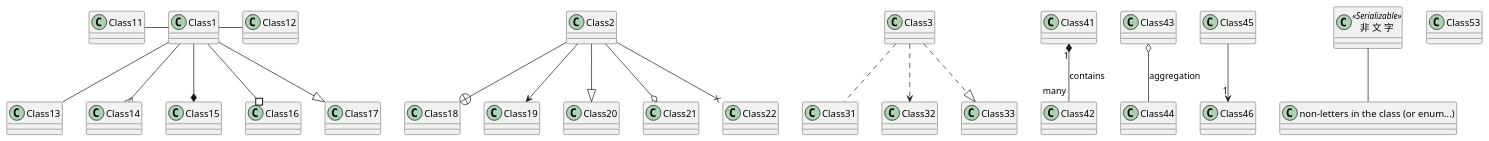
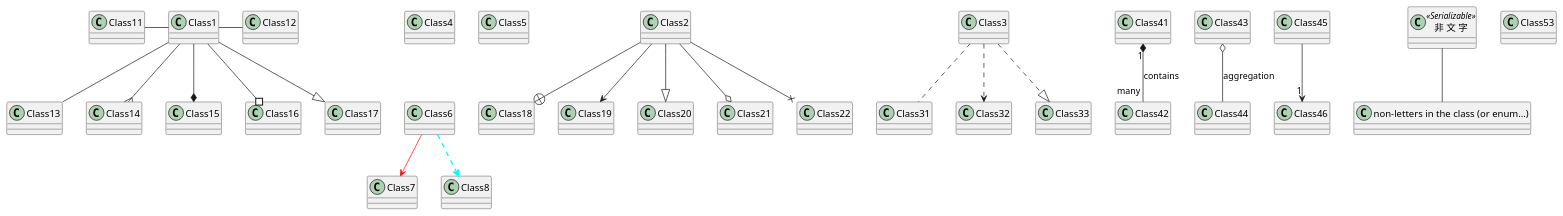
One commit to yzkn/PlantUML-CheatSheet changed the second of 8 diagrams in src/14-000-クラス図.md. Above: the diagram before and after it, drawn with PlantUML. The commit also changed other lines of this file, not shown here.

````diff
--- a/src/14-000-クラス図.md
+++ b/src/14-000-クラス図.md
@@ -23,59 +23,67 @@
 ```plantuml
 
 @startuml
 
 
 ' 空の属性・操作を省略
 ' hide empty members
 
 ' その他の省略
 ' hide empty fields, hide empty attributes
 ' hide empty methods
 ' hide fields, hide attributes
 ' hide circle
 ' hide stereotype
 ' hide members
 ' hide Class51
 ' hide <<Serializable>> members
 
 ' 孤立したクラスの省略
 ' hide @unlinked
 
 ' 削除
 ' remove Class51
 
 ' 孤立したクラスの削除
 ' remove @unlinked
 
 
 ' 水平方向 left, right, up, down
 Class1 -left- Class11
 Class1 -      Class12
 
 Class1 --   Class13
 Class1 --{  Class14
 Class1 --*  Class15
 Class1 --#  Class16
 Class1 --^  Class17
 Class2 --+  Class18
 Class2 -->  Class19
 Class2 --|> Class20
 Class2 --o  Class21
 Class2 --x  Class22
 
 Class3 ..   Class31
 Class3 ..>  Class32
 Class3 ..|> Class33
 
+' bold、dashed、dotted、hidden、plain
+Class4 -[hidden]>  Class5 /' 水平方向に揃える '/
+Class4 -[hidden]-> Class6 /' 垂直方向に揃える '/
+
+Class6 -[#red]-> Class7
+' bold、dashed、dotted、hidden、plain
+Class6 -[#aqua,dashed,thickness=2]-> Class8
+
 Class41 "1" *-- "many" Class42 : contains
 Class43 o-- Class44 : aggregation
 Class45 --> "1" Class46
 
 class "非 文 字" as Class51 <<Serializable>>
 class Class52 as "non-letters in the class (or enum...)"
 Class51 -- Class52
 class Class53
 
 @enduml
 
 ```
````
